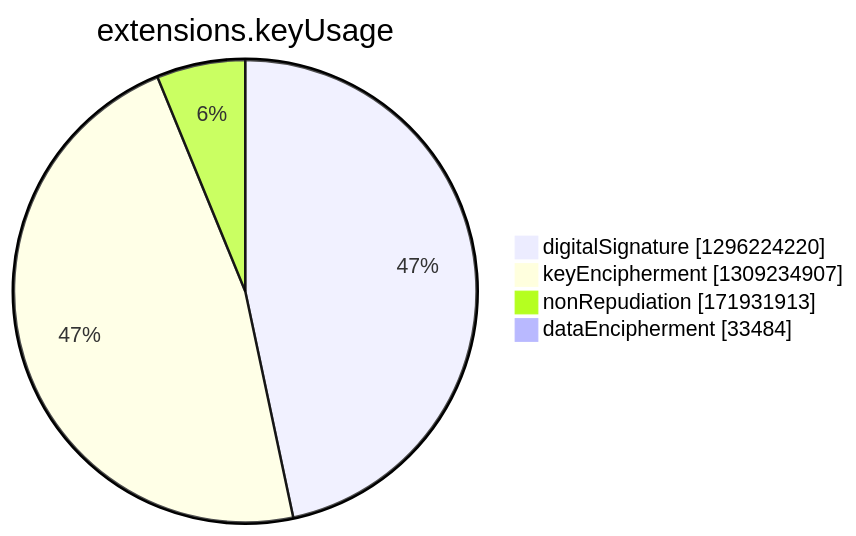
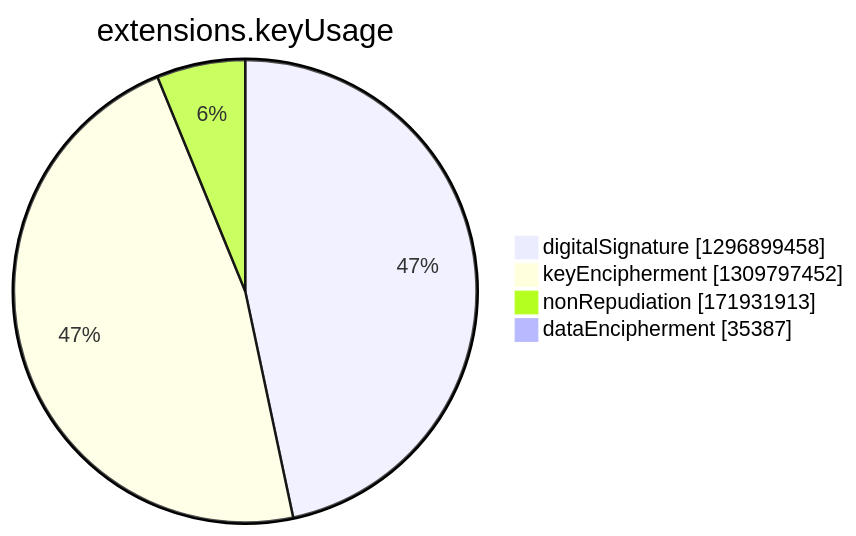
Before and after one commit to christiankrug/ctmonitor_visualization: the seventh of 15 diagrams in argon2022/README.md, drawn with Mermaid. The commit also changed other lines of this file, not shown here.

````diff
--- a/argon2022/README.md
+++ b/argon2022/README.md
@@ -2749,8 +2749,8 @@
 ```mermaid
 pie showData
 title extensions.keyUsage
-"digitalSignature" :1296224220
-"keyEncipherment" :1309234907
+"digitalSignature" :1296899458
+"keyEncipherment" :1309797452
 "nonRepudiation" :171931913
-"dataEncipherment" :33484
+"dataEncipherment" :35387
 ```
````
